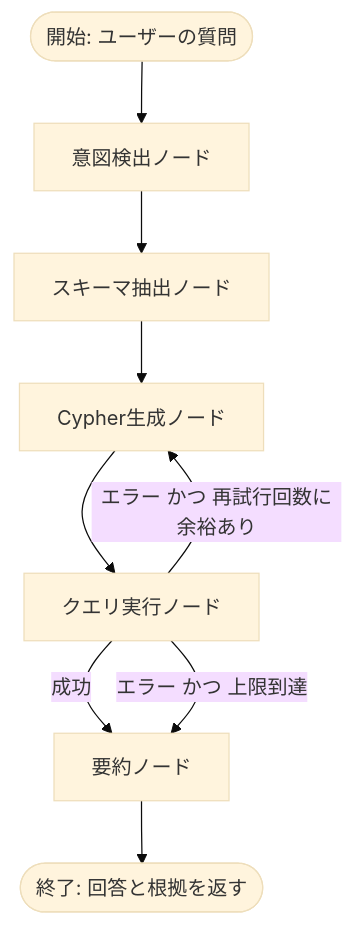
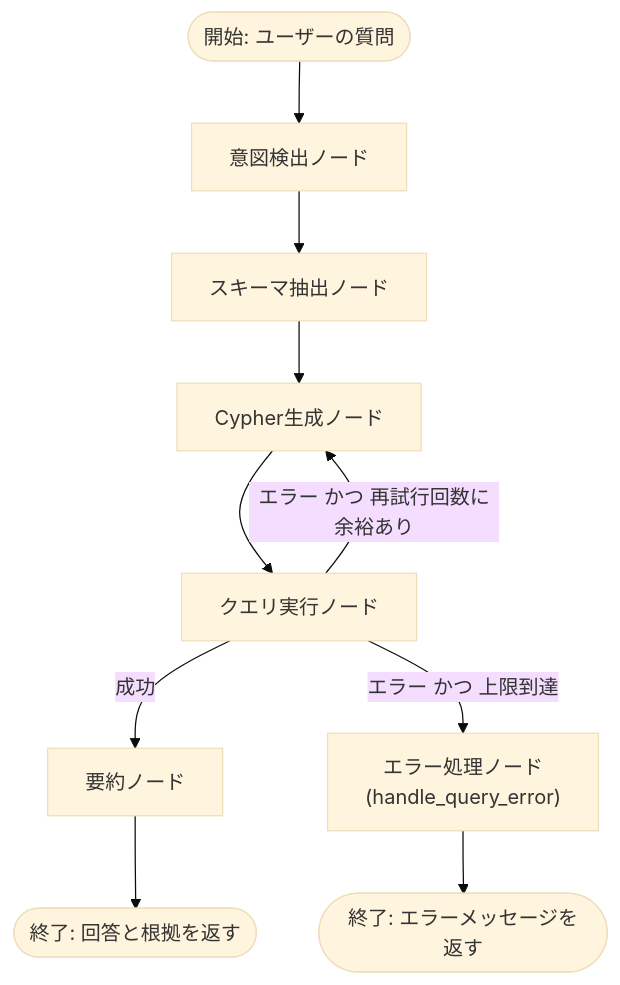
One commit to myoshi2891/Comparison-of-LLMs changed diagram 16 of 18 in Knowledge-graphs-and-llms-in-action-guide.md. Above: the diagram before and after it, drawn with Mermaid (base theme). The commit also changed other lines of this file, not shown here.

Commit message:
docs(books): add error handling node to LangGraph retry flow in Knowledge Graphs and LLMs in Action guide

````diff
--- a/Knowledge-graphs-and-llms-in-action-guide.md
+++ b/Knowledge-graphs-and-llms-in-action-guide.md
@@ -1124,11 +1124,12 @@
 ```mermaid
 flowchart TD
   ST(["開始: ユーザーの質問"]) --> INT["意図検出ノード"]
   INT --> SCH["スキーマ抽出ノード"]
   SCH --> GEN["Cypher生成ノード"]
   GEN --> EXE["クエリ実行ノード"]
   EXE -->|"成功"| SUM["要約ノード"]
   EXE -->|"エラー かつ 再試行回数に余裕あり"| GEN
-  EXE -->|"エラー かつ 上限到達"| SUM
+  EXE -->|"エラー かつ 上限到達"| ERR["エラー処理ノード<br/>(handle_query_error)"]
   SUM --> FIN(["終了: 回答と根拠を返す"])
+  ERR --> ERRFIN(["終了: エラーメッセージを返す"])
 ```
````
